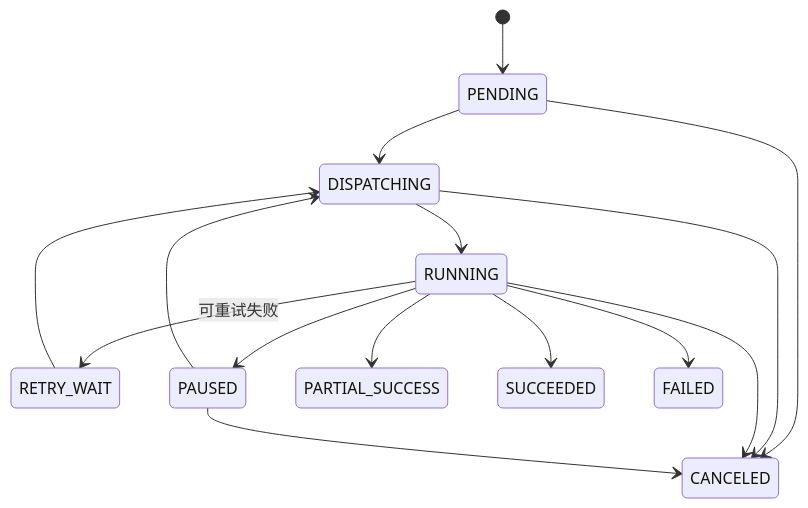
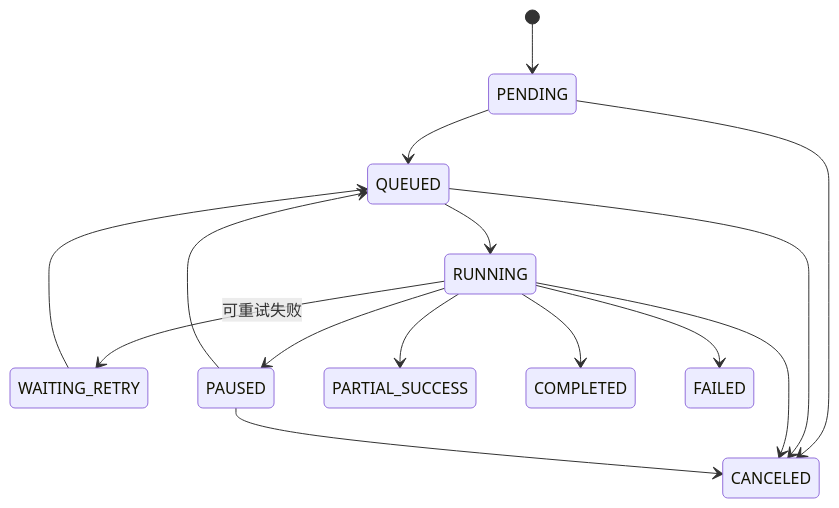
One commit to Meaninles/mam changed the sixth of 8 diagrams in docs/后端及核心服务/统一文件管理系统-后端及核心服务总体设计方案.md. Above: the diagram before and after it, drawn with Mermaid. The commit also changed other lines of this file and 5 other files, not shown here.

````diff
--- a/docs/后端及核心服务/统一文件管理系统-后端及核心服务总体设计方案.md
+++ b/docs/后端及核心服务/统一文件管理系统-后端及核心服务总体设计方案.md
@@ -697,17 +700,17 @@
 ```mermaid
 stateDiagram-v2
   [*] --> PENDING
-  PENDING --> DISPATCHING
-  DISPATCHING --> RUNNING
-  RUNNING --> RETRY_WAIT: 可重试失败
-  RETRY_WAIT --> DISPATCHING
+  PENDING --> QUEUED
+  QUEUED --> RUNNING
+  RUNNING --> WAITING_RETRY: 可重试失败
+  WAITING_RETRY --> QUEUED
   RUNNING --> PAUSED
-  PAUSED --> DISPATCHING
+  PAUSED --> QUEUED
   RUNNING --> PARTIAL_SUCCESS
-  RUNNING --> SUCCEEDED
+  RUNNING --> COMPLETED
   RUNNING --> FAILED
   PENDING --> CANCELED
-  DISPATCHING --> CANCELED
+  QUEUED --> CANCELED
   RUNNING --> CANCELED
   PAUSED --> CANCELED
 ```
````
